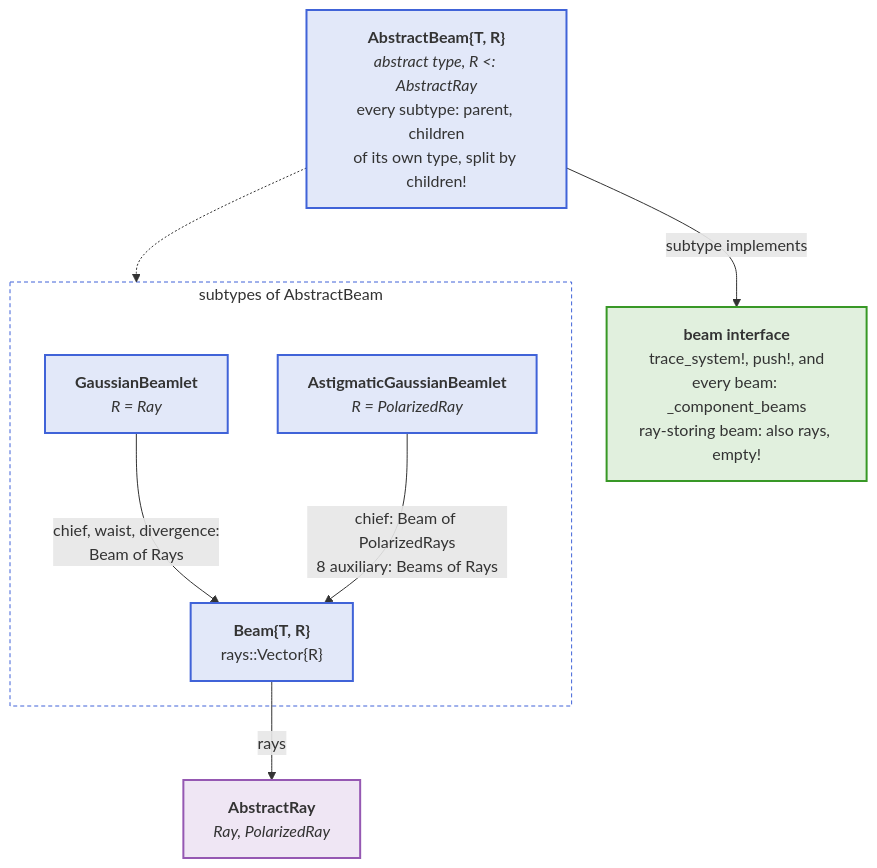
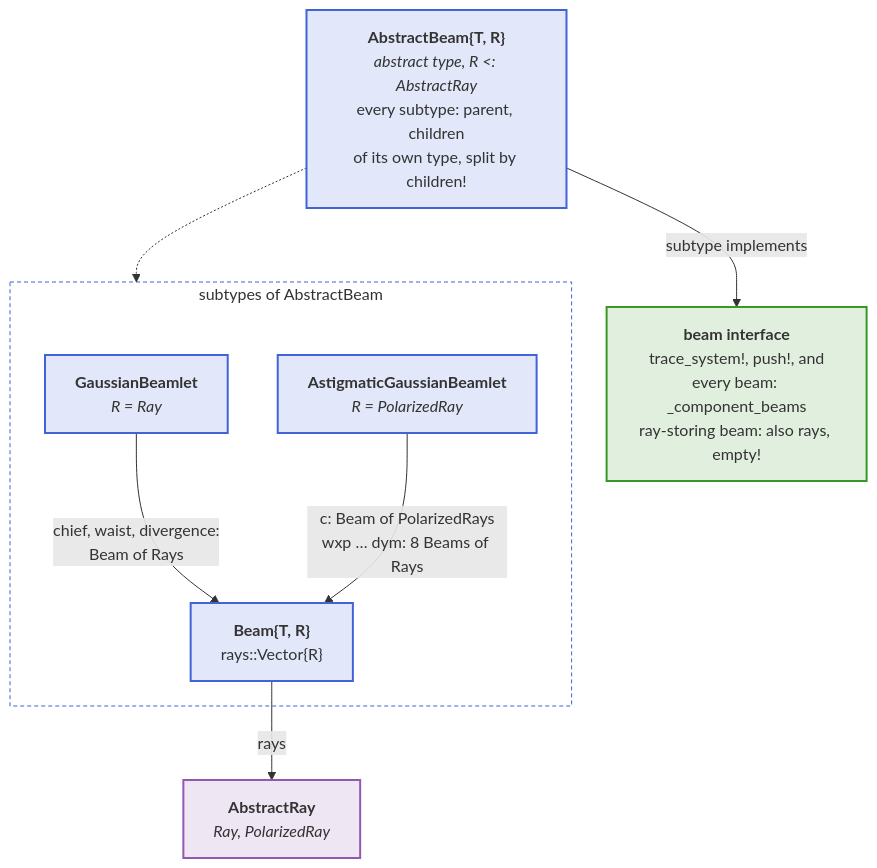
Before and after one commit to JuliaPhysics/BeamletOptics.jl: the first of 4 diagrams in docs/src/api/beams.md, drawn with Mermaid. The commit also changed other lines of this file and 63 other files, not shown here.

First line of the commit message:
Docs: align docs and docstrings with the code, drop color legends of the diagrams

````diff
--- a/docs/src/api/beams.md
+++ b/docs/src/api/beams.md
@@ -9,25 +9,25 @@
 ```mermaid
 flowchart TB
     ABS["<b>AbstractBeam{T, R}</b><br/><i>abstract type, R #lt;: AbstractRay</i><br/>every subtype: parent, children<br/>of its own type, split by children!"]
     IF["<b>beam interface</b><br/>trace_system!, push!, and<br/>every beam: _component_beams<br/>ray-storing beam: also rays, empty!"]
     subgraph SUB ["subtypes of AbstractBeam"]
         GB["<b>GaussianBeamlet</b><br/><i>R = Ray</i>"]
         AGB["<b>AstigmaticGaussianBeamlet</b><br/><i>R = PolarizedRay</i>"]
         BM["<b>Beam{T, R}</b><br/>rays::Vector{R}"]
     end
     RAY["<b>AbstractRay</b><br/><i>Ray, PolarizedRay</i>"]
 
     ABS -.-> SUB
     ABS -- "subtype implements" --> IF
     GB -- "chief, waist, divergence:<br/>Beam of Rays" --> BM
-    AGB -- "chief: Beam of PolarizedRays<br/>8 auxiliary: Beams of Rays" --> BM
+    AGB -- "c: Beam of PolarizedRays<br/>wxp … dym: 8 Beams of Rays" --> BM
     BM -- "rays" --> RAY
 
     classDef blue fill:#4063D826,stroke:#4063D8,stroke-width:2px
     classDef green fill:#38982626,stroke:#389826,stroke-width:2px
     classDef purple fill:#9558B226,stroke:#9558B2,stroke-width:2px
     class ABS,BM,GB,AGB blue
     class IF green
     class RAY purple
     style SUB fill:transparent,stroke:#4063D8,stroke-width:1px,stroke-dasharray:4 3
 ```
````
